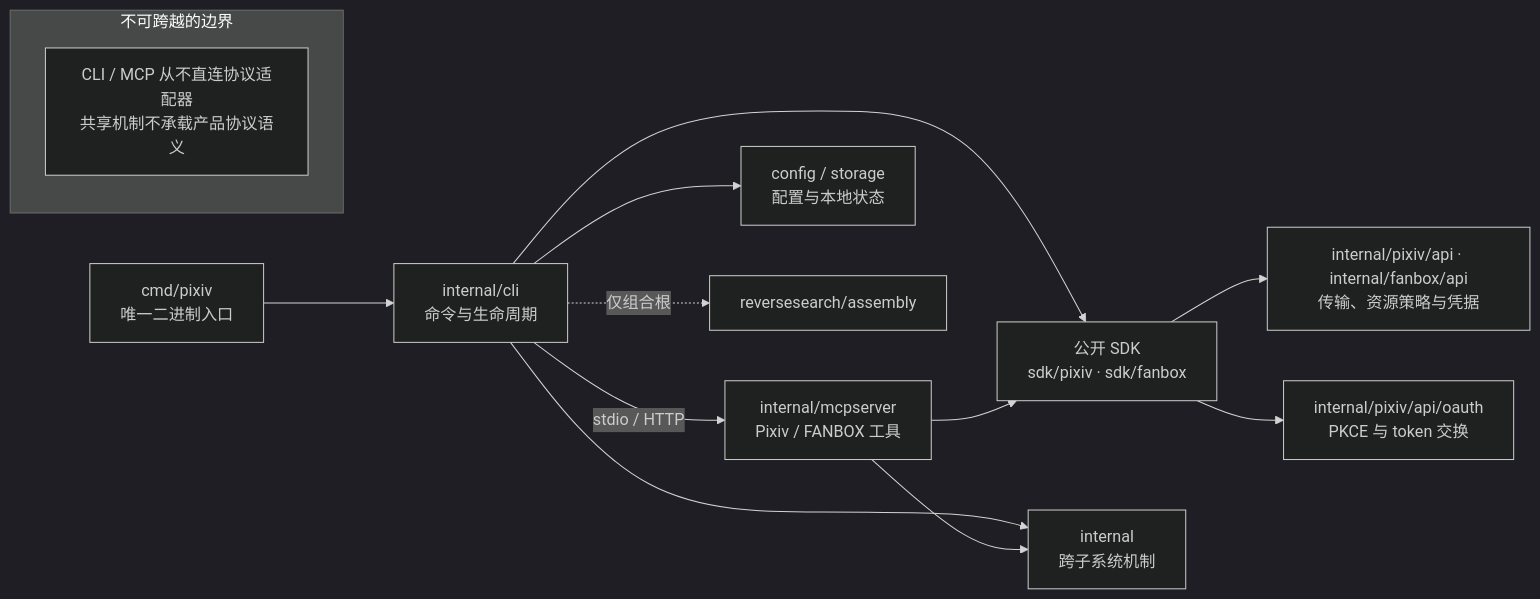
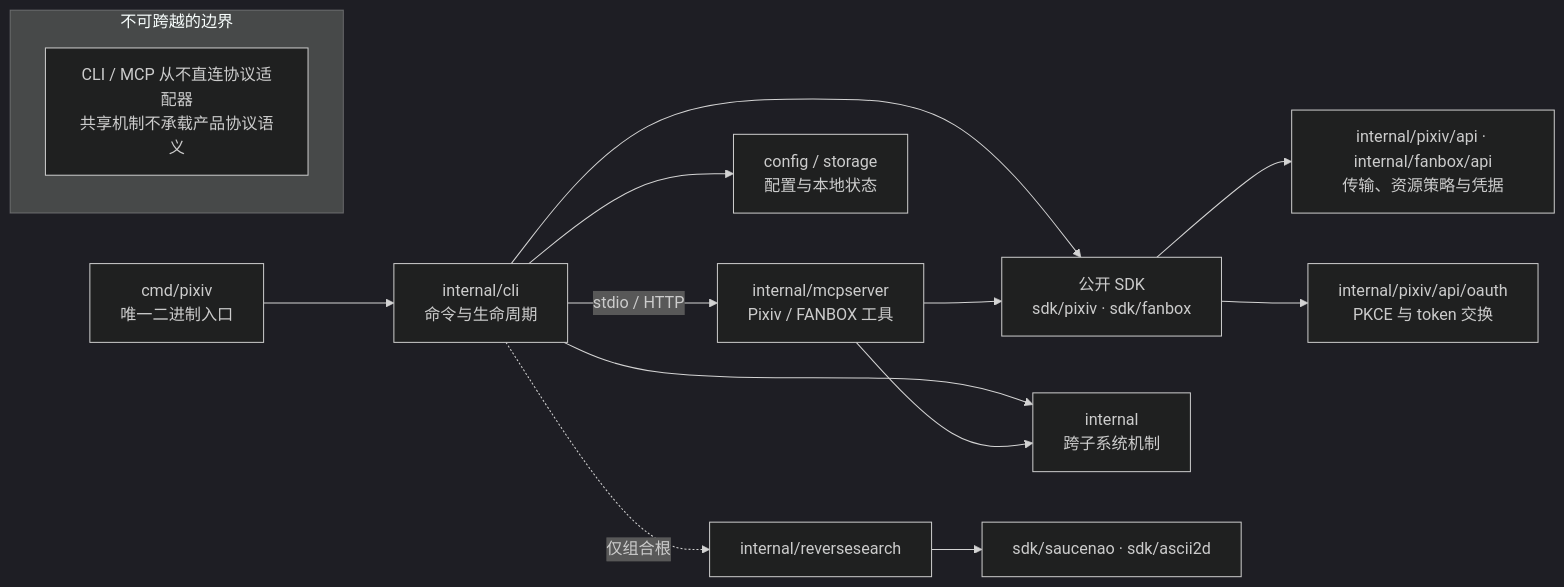
One commit to FlanChanXwO/pixiv-cli changed the first of 5 diagrams in docs/zh-CN/maintainers/architecture.md. Above: the diagram before and after it, drawn with Mermaid (dark theme). The commit also changed other lines of this file and 13 other files, not shown here.

````diff
--- a/docs/zh-CN/maintainers/architecture.md
+++ b/docs/zh-CN/maintainers/architecture.md
@@ -5,17 +5,18 @@
 ```mermaid
 flowchart LR
     ENTRY["cmd/pixiv<br/>唯一二进制入口"] --> CLI["internal/cli<br/>命令与生命周期"]
     CLI -->|"stdio / HTTP"| MCP["internal/mcpserver<br/>Pixiv / FANBOX 工具"]
     CLI --> SDK["公开 SDK<br/>sdk/pixiv · sdk/fanbox"]
     MCP --> SDK
     SDK --> API["internal/pixiv/api · internal/fanbox/api<br/>传输、资源策略与凭据"]
     SDK --> OAUTH["internal/pixiv/api/oauth<br/>PKCE 与 token 交换"]
     CLI --> SHARED["internal<br/>跨子系统机制"]
     MCP --> SHARED
     CLI --> STATE["config / storage<br/>配置与本地状态"]
-    CLI -.->|"仅组合根"| RSA["reversesearch/assembly"]
+    CLI -.->|"仅组合根"| RSA["internal/reversesearch"]
+    RSA --> RSSDK["sdk/saucenao · sdk/ascii2d"]
 
     subgraph boundary["不可跨越的边界"]
         RULE["CLI / MCP 从不直连协议适配器<br/>共享机制不承载产品协议语义"]
     end
 ```
````
